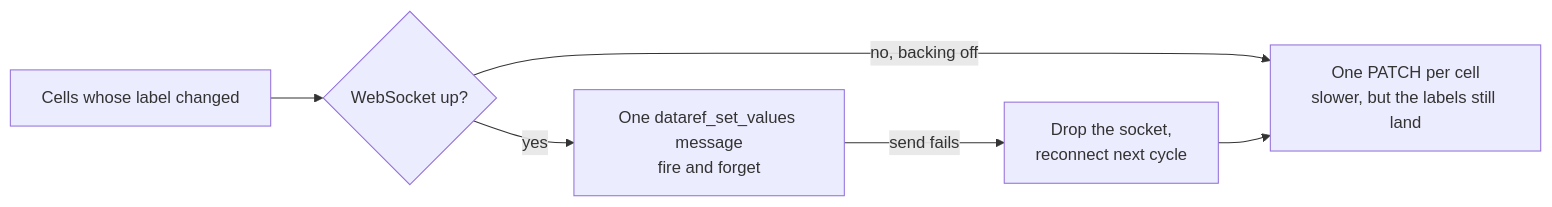
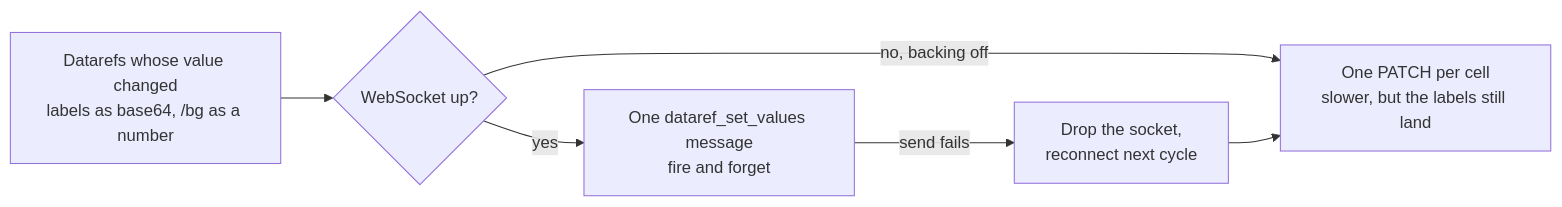
The second of 3 diagrams in docs/PIPELINE.md (rstalets/GlassLinkXP), drawn with Mermaid before and after one commit. The commit also changed other lines of this file and 18 other files, not shown here.

````diff
--- a/docs/PIPELINE.md
+++ b/docs/PIPELINE.md
@@ -47,8 +47,8 @@
 ```mermaid
 flowchart LR
-    CHANGED["Cells whose label changed"] --> WS{"WebSocket up?"}
+    CHANGED["Datarefs whose value changed<br/>labels as base64, /bg as a number"] --> WS{"WebSocket up?"}
     WS -->|yes| BATCH["One dataref_set_values message<br/>fire and forget"]
     WS -->|"no, backing off"| REST["One PATCH per cell<br/>slower, but the labels still land"]
     BATCH -->|send fails| DROP["Drop the socket,<br/>reconnect next cycle"]
     DROP --> REST
 ```
````
